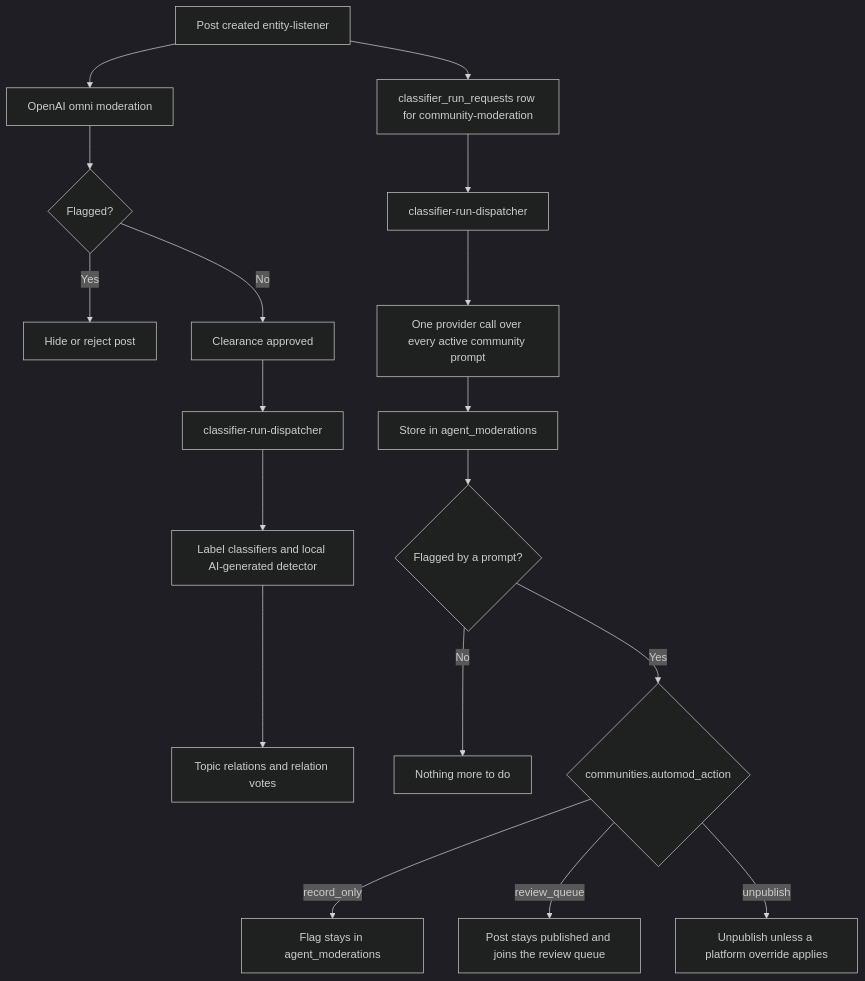
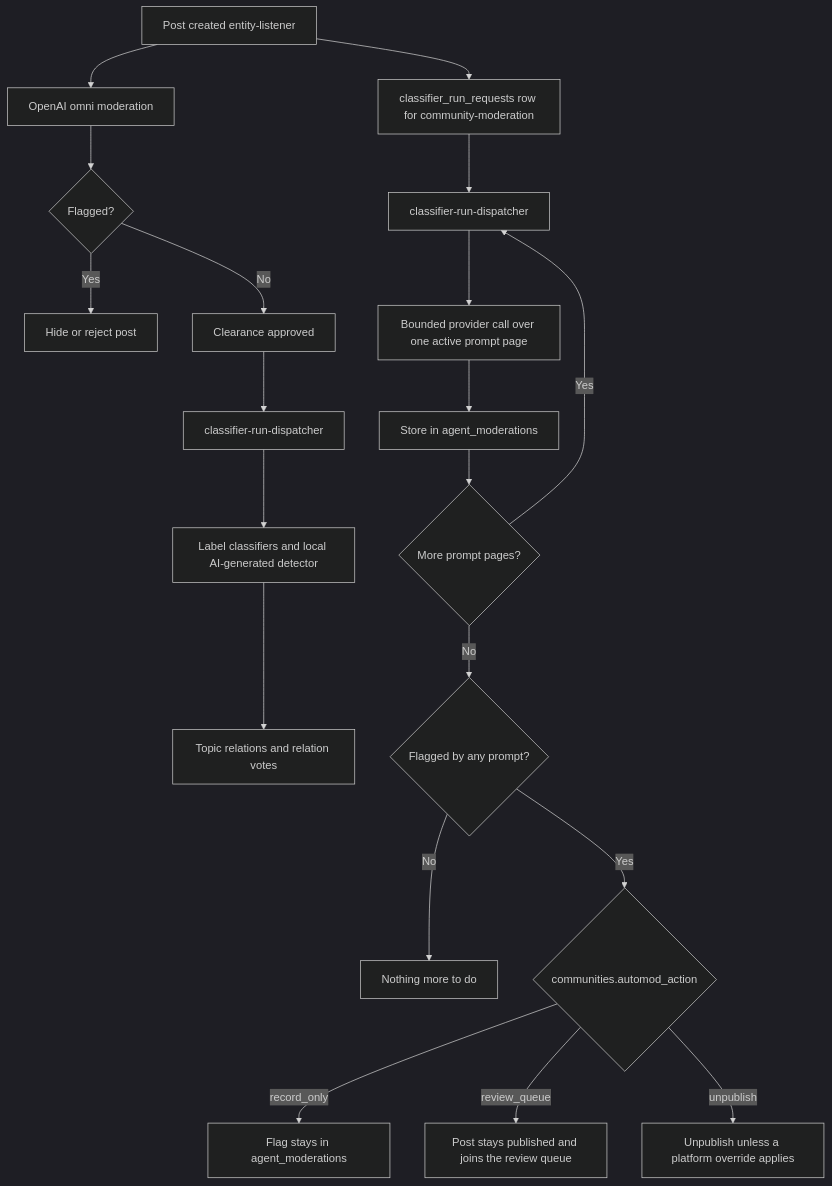
Before and after one commit to vouchington/vouchington: the diagram in docs/overview/architecture/reference-ai-agents-content-moderation-pipeline.md, drawn with Mermaid (dark theme). The commit also changed other lines of this file and 32 other files, not shown here.

Commit message:
fix(moderation): resume bounded community rule selection

````diff
--- a/docs/overview/architecture/reference-ai-agents-content-moderation-pipeline.md
+++ b/docs/overview/architecture/reference-ai-agents-content-moderation-pipeline.md
@@ -9,20 +9,22 @@
 ```mermaid
 flowchart TD
   post[Post created entity-listener] --> omni[OpenAI omni moderation]
   omni --> flagged{Flagged?}
   flagged -- Yes --> hidden[Hide or reject post]
   flagged -- No --> approved[Clearance approved]
   approved --> classifier[classifier-run-dispatcher]
   classifier --> labels[Label classifiers and local AI-generated detector]
   labels --> effects[Topic relations and relation votes]
   post --> request[classifier_run_requests row for community-moderation]
   request --> community[classifier-run-dispatcher]
-  community --> run[One provider call over every active community prompt]
+  community --> run[Bounded provider call over one active prompt page]
   run --> stored[Store in agent_moderations]
-  stored --> action{Flagged by a prompt?}
+  stored --> more{More prompt pages?}
+  more -- Yes --> community
+  more -- No --> action{Flagged by any prompt?}
   action -- No --> clean[Nothing more to do]
   action -- Yes --> setting{communities.automod_action}
   setting -- record_only --> recorded[Flag stays in agent_moderations]
   setting -- review_queue --> review[Post stays published and joins the review queue]
   setting -- unpublish --> unpublish[Unpublish unless a platform override applies]
 ```
````
